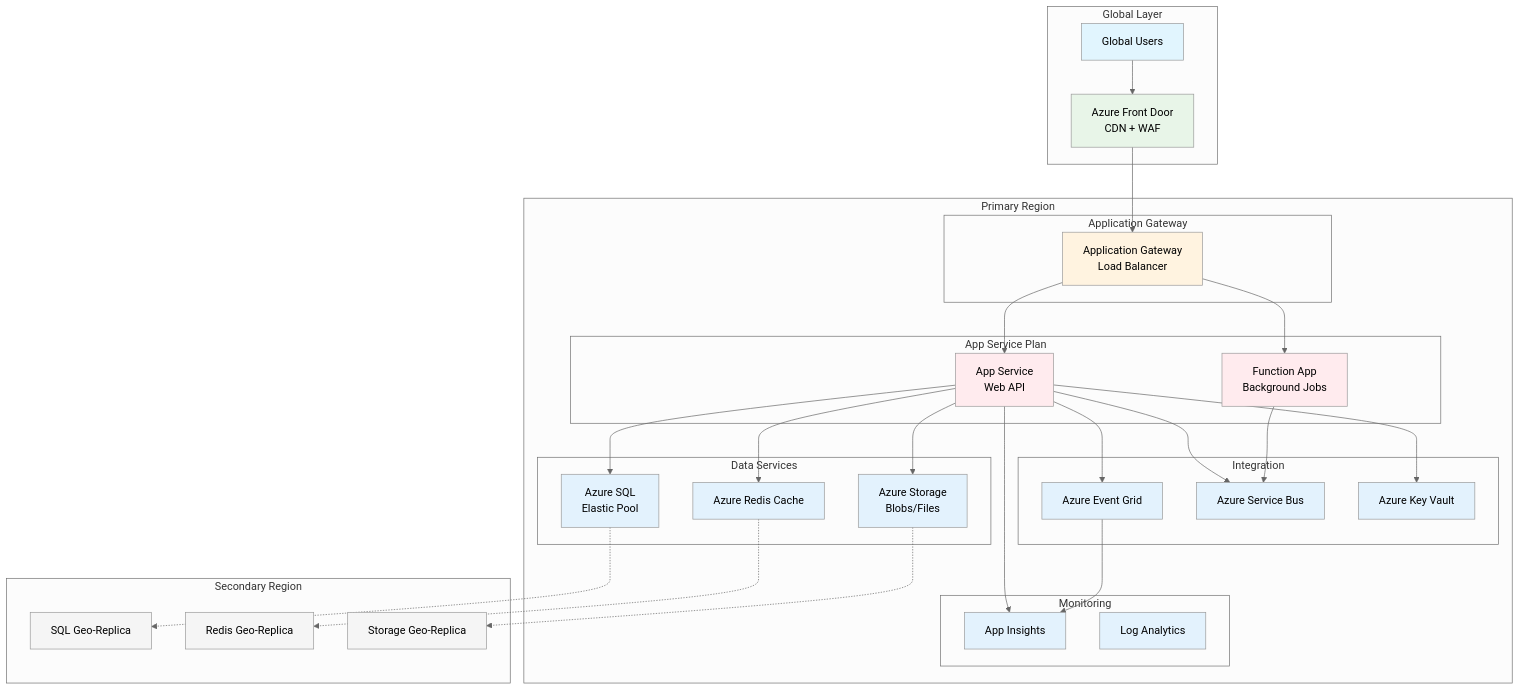
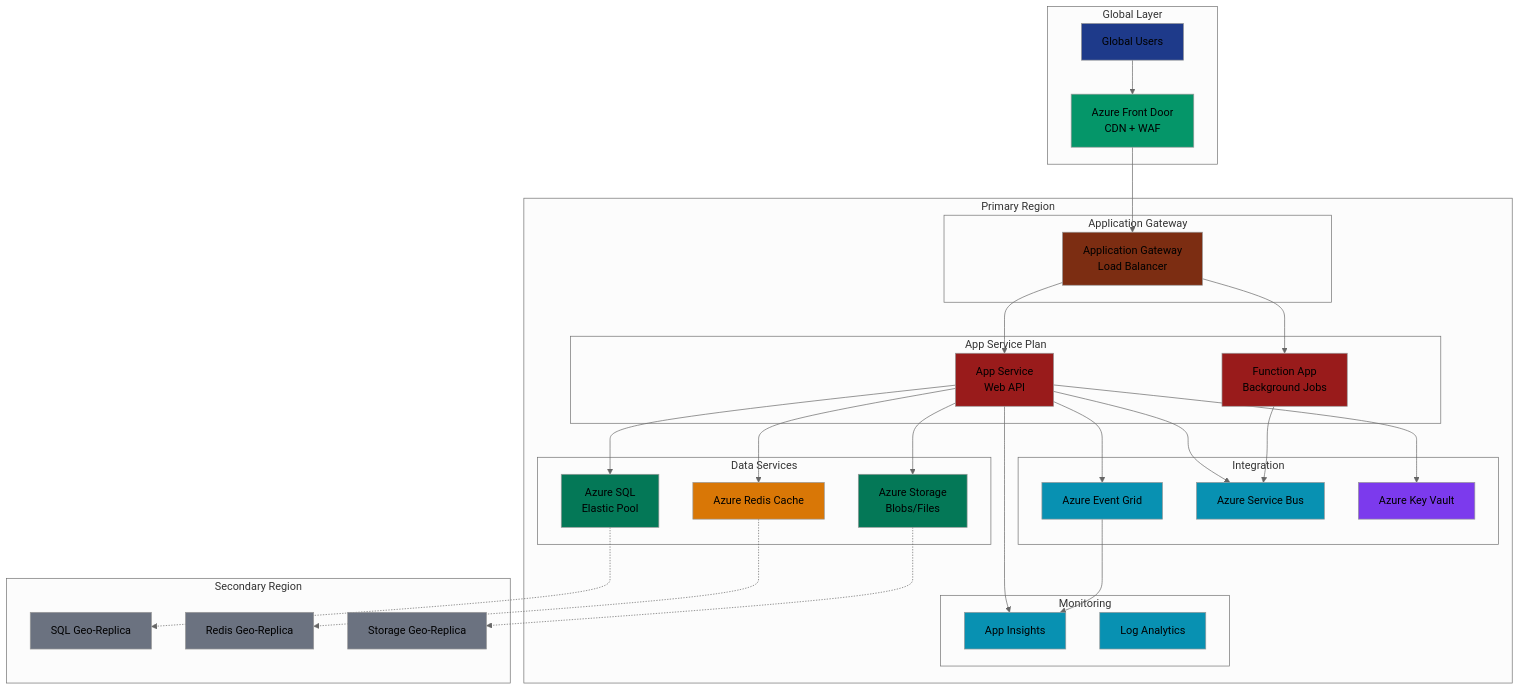
The sixth of 11 diagrams in README.md (nithinmohantk/dotnet-multi-tenant-saas-boilerplate-with-advanced-features), drawn with Mermaid (neutral theme) before and after one commit. The commit also changed other lines of this file, not shown here.

````diff
--- a/README.md
+++ b/README.md
@@ -425,76 +432,76 @@
 ```mermaid
 graph TB
     subgraph "Global Layer"
         Users[Global Users]
         FrontDoor[Azure Front Door<br/>CDN + WAF]
     end
     
     subgraph "Primary Region"
         subgraph "Application Gateway"
             AppGW[Application Gateway<br/>Load Balancer]
         end
         
         subgraph "App Service Plan"
             AppService[App Service<br/>Web API]
             FunctionApp[Function App<br/>Background Jobs]
         end
         
         subgraph "Data Services"
             SQL[Azure SQL<br/>Elastic Pool]
             Redis[Azure Redis Cache]
             Storage[Azure Storage<br/>Blobs/Files]
         end
         
         subgraph "Integration"
             EventGrid[Azure Event Grid]
             ServiceBus[Azure Service Bus]
             KeyVault[Azure Key Vault]
         end
         
         subgraph "Monitoring"
             AppInsights[App Insights]
             LogAnalytics[Log Analytics]
         end
     end
     
     subgraph "Secondary Region"
         BackupSQL[SQL Geo-Replica]
         BackupRedis[Redis Geo-Replica]
         BackupStorage[Storage Geo-Replica]
     end
     
     Users --> FrontDoor
     FrontDoor --> AppGW
     AppGW --> AppService
     AppGW --> FunctionApp
     AppService --> SQL
     AppService --> Redis
     AppService --> Storage
     AppService --> EventGrid
     AppService --> ServiceBus
     AppService --> KeyVault
     AppService --> AppInsights
     FunctionApp --> ServiceBus
     EventGrid --> AppInsights
     
     SQL -.-> BackupSQL
     Redis -.-> BackupRedis
     Storage -.-> BackupStorage
     
-    style Users fill:#e1f5fe
-    style FrontDoor fill:#e8f5e8
-    style AppGW fill:#fff3e0
-    style AppService fill:#ffebee
-    style FunctionApp fill:#ffebee
-    style SQL fill:#e3f2fd
-    style Redis fill:#e3f2fd
-    style Storage fill:#e3f2fd
-    style EventGrid fill:#e3f2fd
-    style ServiceBus fill:#e3f2fd
-    style KeyVault fill:#e3f2fd
-    style AppInsights fill:#e3f2fd
-    style LogAnalytics fill:#e3f2fd
-    style BackupSQL fill:#f5f5f5
-    style BackupRedis fill:#f5f5f5
-    style BackupStorage fill:#f5f5f5
+    style Users fill:#1e3a8a
+    style FrontDoor fill:#059669
+    style AppGW fill:#7c2d12
+    style AppService fill:#991b1b
+    style FunctionApp fill:#991b1b
+    style SQL fill:#047857
+    style Redis fill:#d97706
+    style Storage fill:#047857
+    style EventGrid fill:#0891b2
+    style ServiceBus fill:#0891b2
+    style KeyVault fill:#7c3aed
+    style AppInsights fill:#0891b2
+    style LogAnalytics fill:#0891b2
+    style BackupSQL fill:#6b7280
+    style BackupRedis fill:#6b7280
+    style BackupStorage fill:#6b7280
 ```
````
